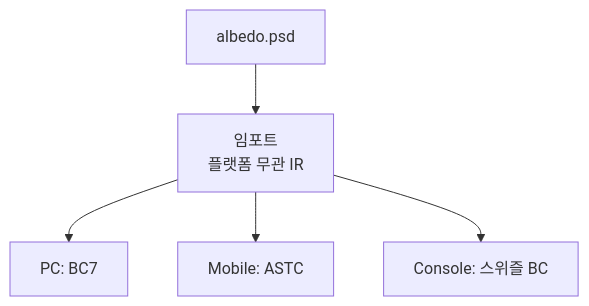
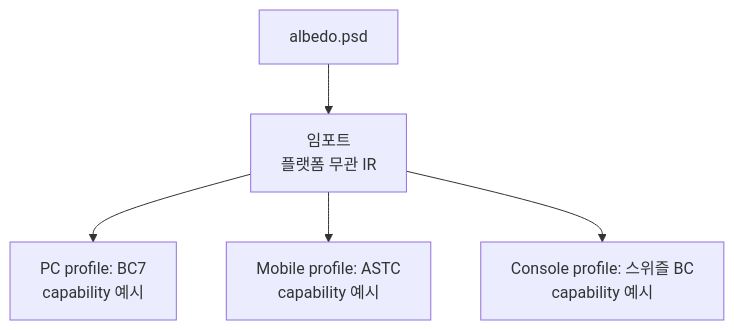
One commit to Rein-ArXiv/game-dev-curriculum changed the fifth of 7 diagrams in tools/part05_asset.md. Above: the diagram before and after it, drawn with Mermaid. The commit also changed other lines of this file and 279 other files, not shown here.

````diff
--- a/tools/part05_asset.md
+++ b/tools/part05_asset.md
@@ -345,7 +351,7 @@
 ```mermaid
 flowchart TB
     Src[albedo.psd] --> Imp[임포트<br/>플랫폼 무관 IR]
-    Imp --> PC[PC: BC7]
-    Imp --> Mob[Mobile: ASTC]
-    Imp --> Con[Console: 스위즐 BC]
+    Imp --> PC["PC profile: BC7<br/>capability 예시"]
+    Imp --> Mob["Mobile profile: ASTC<br/>capability 예시"]
+    Imp --> Con["Console profile: 스위즐 BC<br/>capability 예시"]
 ```
````
